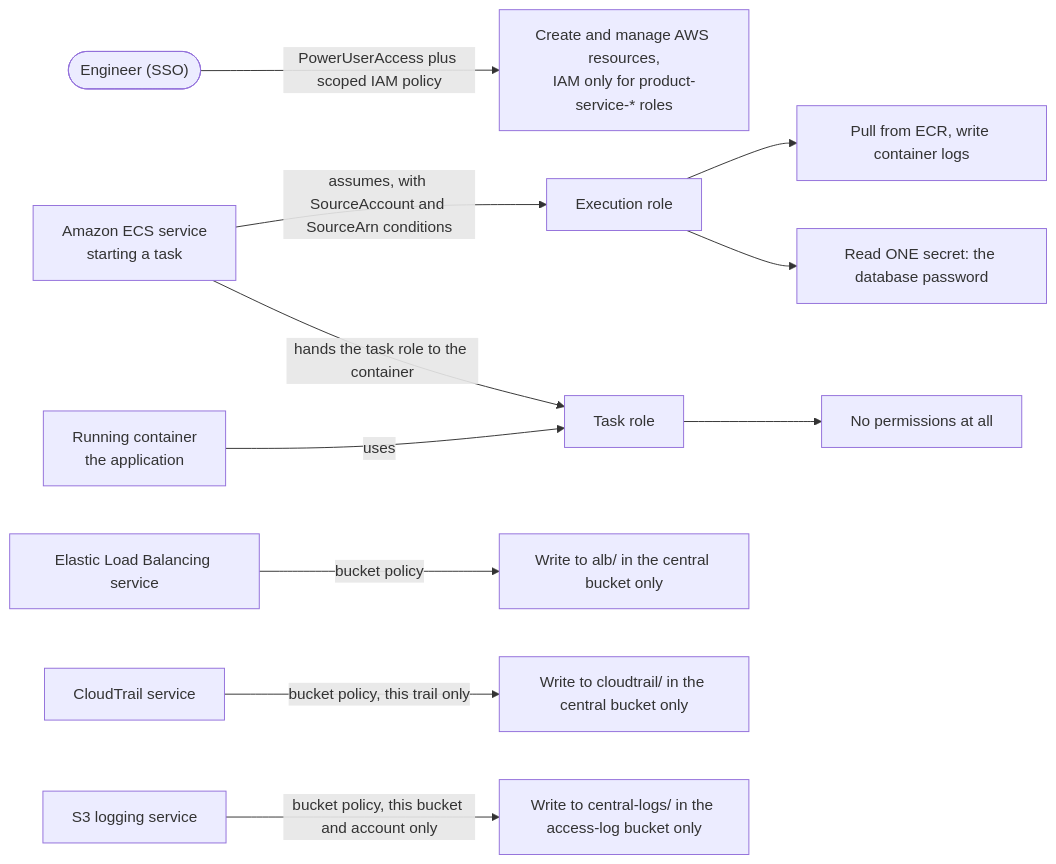
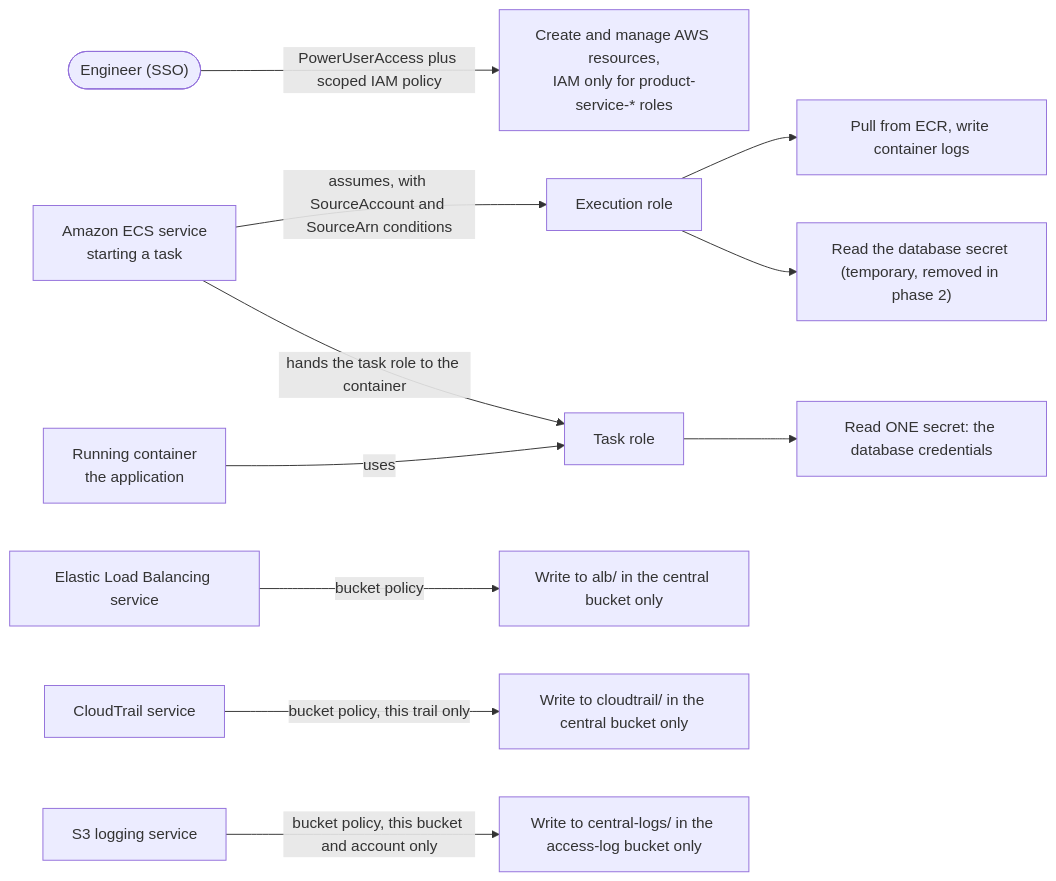
The fifth of 6 diagrams in docs/Architecture.md (bdahiya2007/secure-containerized-microservices-app-aws), drawn with Mermaid before and after one commit. The commit also changed other lines of this file and 15 other files, not shown here.

First line of the commit message:
Read the database credentials from Secrets Manager at runtime

````diff
--- a/docs/Architecture.md
+++ b/docs/Architecture.md
@@ -238,20 +238,20 @@
 ```mermaid
 flowchart LR
   eng(["Engineer (SSO)"])
   ecsSvc["Amazon ECS service<br/>starting a task"]
   app["Running container<br/>the application"]
   elb["Elastic Load Balancing service"]
   ctsvc["CloudTrail service"]
   s3log["S3 logging service"]
 
   eng -->|"PowerUserAccess plus scoped IAM policy"| dep["Create and manage AWS resources,<br/>IAM only for product-service-* roles"]
   ecsSvc -->|"assumes, with SourceAccount and SourceArn conditions"| exe["Execution role"]
   exe --> e1["Pull from ECR, write container logs"]
-  exe --> e2["Read ONE secret: the database password"]
+  exe --> e2["Read the database secret (temporary, removed in phase 2)"]
   ecsSvc -->|"hands the task role to the container"| trole["Task role"]
   app -->|"uses"| trole
-  trole --> nothing["No permissions at all"]
+  trole --> readsecret["Read ONE secret: the database credentials"]
   elb -->|"bucket policy"| w1["Write to alb/ in the central bucket only"]
   ctsvc -->|"bucket policy, this trail only"| w2["Write to cloudtrail/ in the central bucket only"]
   s3log -->|"bucket policy, this bucket and account only"| w3["Write to central-logs/ in the access-log bucket only"]
 ```
````
